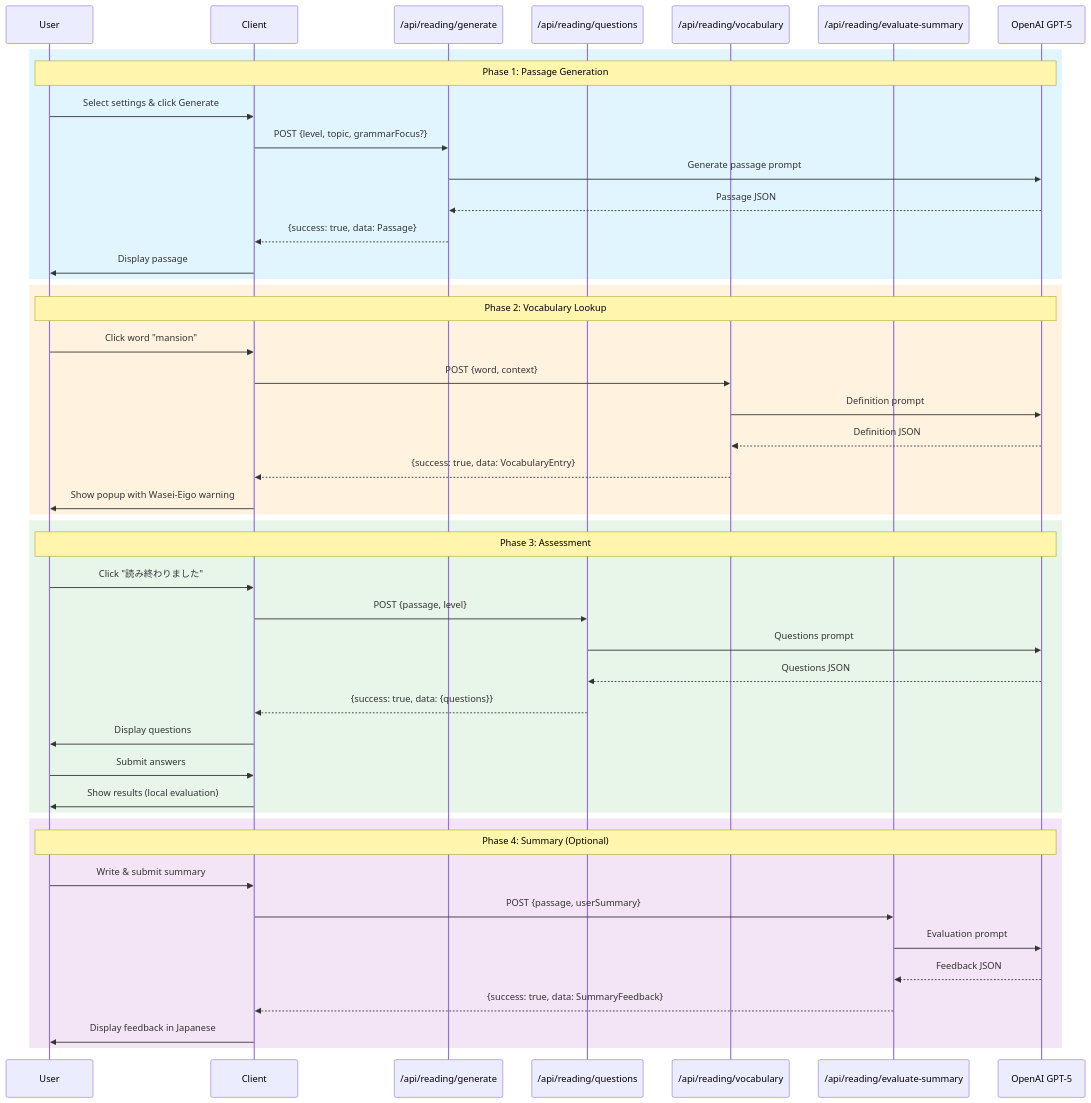
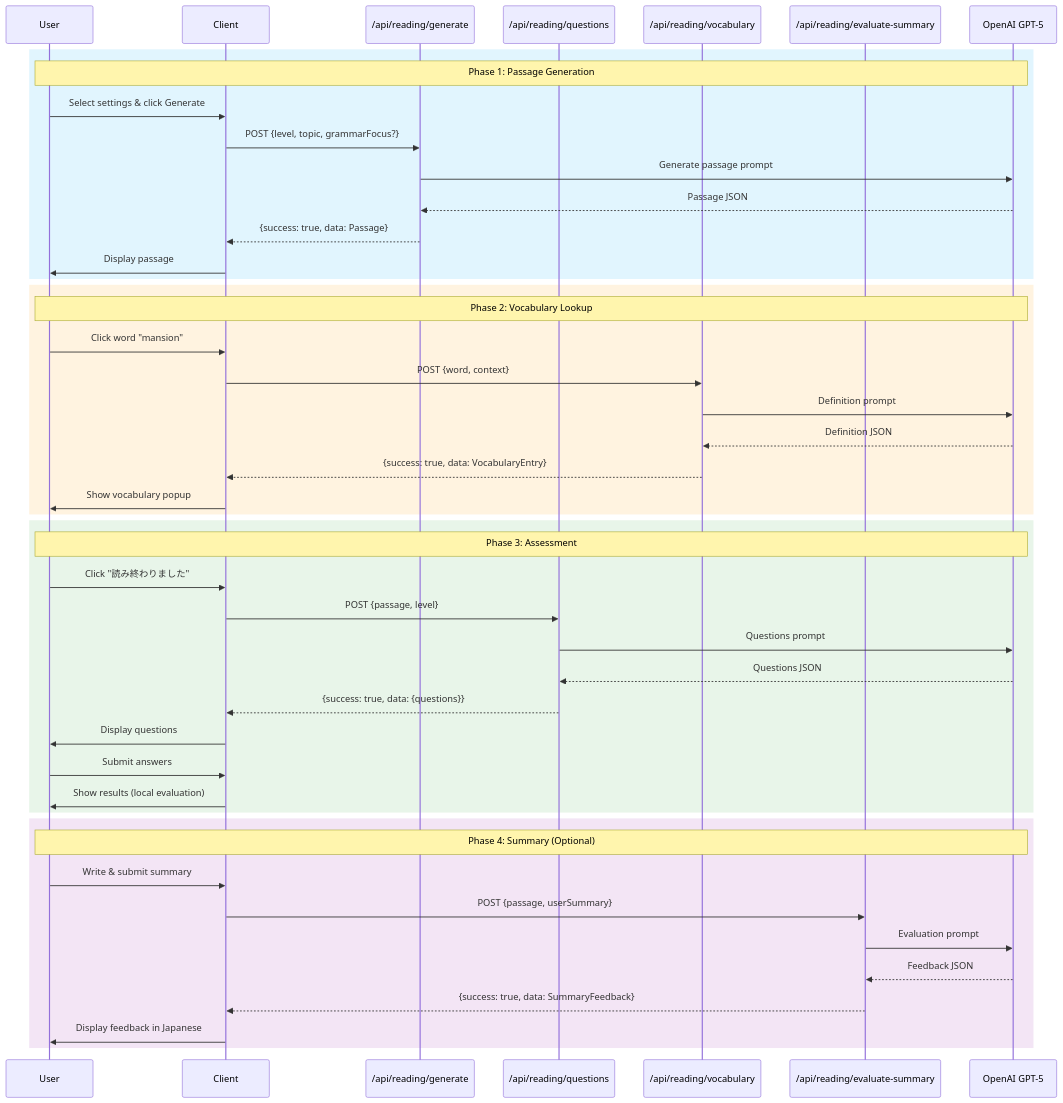
The sixth of 12 diagrams in specs/reading-practice/design-spec.md (y-nagase25/realtime-chat), drawn with Mermaid before and after one commit. The commit also changed other lines of this file and 10 other files, not shown here.

Commit message:
fix: delete waseiEigo dictionary and function

````diff
--- a/specs/reading-practice/design-spec.md
+++ b/specs/reading-practice/design-spec.md
@@ -409,52 +397,52 @@
 ```mermaid
 sequenceDiagram
     participant U as User
     participant C as Client
     participant G as /api/reading/generate
     participant Q as /api/reading/questions
     participant V as /api/reading/vocabulary
     participant E as /api/reading/evaluate-summary
     participant AI as OpenAI GPT-5
 
     rect rgb(225, 245, 254)
         Note over U,AI: Phase 1: Passage Generation
         U->>C: Select settings & click Generate
         C->>G: POST {level, topic, grammarFocus?}
         G->>AI: Generate passage prompt
         AI-->>G: Passage JSON
         G-->>C: {success: true, data: Passage}
         C->>U: Display passage
     end
 
     rect rgb(255, 243, 224)
         Note over U,AI: Phase 2: Vocabulary Lookup
         U->>C: Click word "mansion"
         C->>V: POST {word, context}
         V->>AI: Definition prompt
         AI-->>V: Definition JSON
         V-->>C: {success: true, data: VocabularyEntry}
-        C->>U: Show popup with Wasei-Eigo warning
+        C->>U: Show vocabulary popup
     end
 
     rect rgb(232, 245, 233)
         Note over U,AI: Phase 3: Assessment
         U->>C: Click "読み終わりました"
         C->>Q: POST {passage, level}
         Q->>AI: Questions prompt
         AI-->>Q: Questions JSON
         Q-->>C: {success: true, data: {questions}}
         C->>U: Display questions
         U->>C: Submit answers
         C->>U: Show results (local evaluation)
     end
 
     rect rgb(243, 229, 245)
         Note over U,AI: Phase 4: Summary (Optional)
         U->>C: Write & submit summary
         C->>E: POST {passage, userSummary}
         E->>AI: Evaluation prompt
         AI-->>E: Feedback JSON
         E-->>C: {success: true, data: SummaryFeedback}
         C->>U: Display feedback in Japanese
     end
 ```
````
